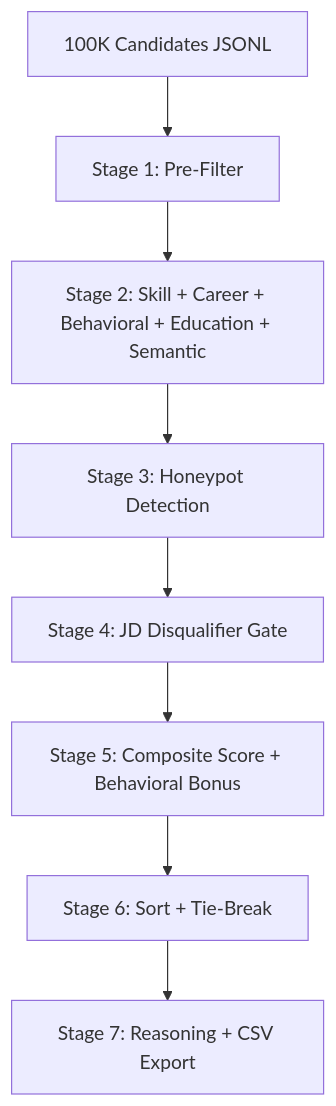
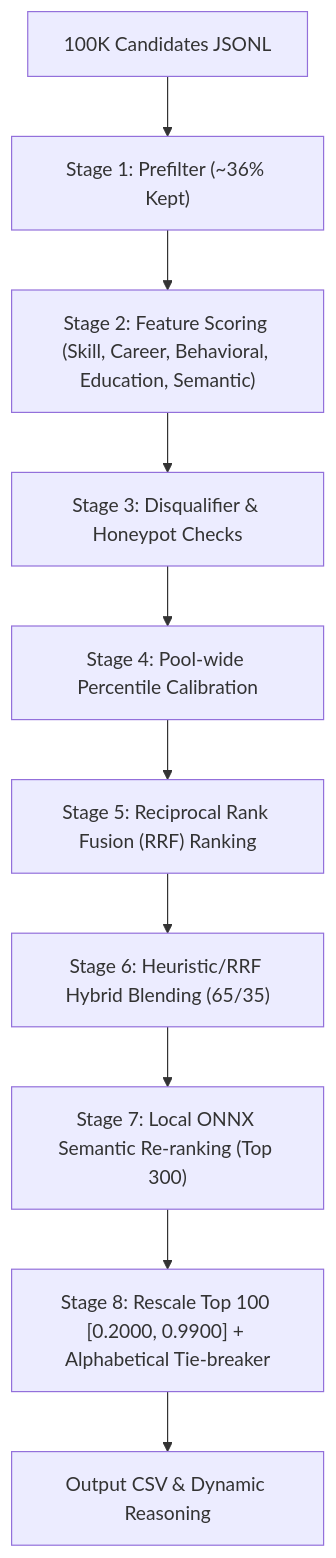
One commit to eslavthsandeep/AI-Candidate-Ranking-Intelligence changed the diagram in README.md. Above: the diagram before and after it, drawn with Mermaid. The commit also changed other lines of this file, not shown here.

Commit message:
docs: Update README.md with end-to-end architecture (MaxSim, RRF, softened disqualifiers, and Render deployments)

````diff
--- a/README.md
+++ b/README.md
@@ -21,10 +42,12 @@
 ```mermaid
 graph TD
-    A["100K Candidates JSONL"] --> B["Stage 1: Pre-Filter"]
-    B --> C["Stage 2: Skill + Career + Behavioral + Education + Semantic"]
-    C --> D["Stage 3: Honeypot Detection"]
-    D --> E["Stage 4: JD Disqualifier Gate"]
-    E --> F["Stage 5: Composite Score + Behavioral Bonus"]
-    F --> G["Stage 6: Sort + Tie-Break"]
-    G --> H["Stage 7: Reasoning + CSV Export"]
+    A["100K Candidates JSONL"] --> B["Stage 1: Prefilter (~36% Kept)"]
+    B --> C["Stage 2: Feature Scoring (Skill, Career, Behavioral, Education, Semantic)"]
+    C --> D["Stage 3: Disqualifier & Honeypot Checks"]
+    D --> E["Stage 4: Pool-wide Percentile Calibration"]
+    E --> F["Stage 5: Reciprocal Rank Fusion (RRF) Ranking"]
+    F --> G["Stage 6: Heuristic/RRF Hybrid Blending (65/35)"]
+    G --> H["Stage 7: Local ONNX Semantic Re-ranking (Top 300)"]
+    H --> I["Stage 8: Rescale Top 100 [0.2000, 0.9900] + Alphabetical Tie-breaker"]
+    I --> J["Output CSV & Dynamic Reasoning"]
 ```
````
